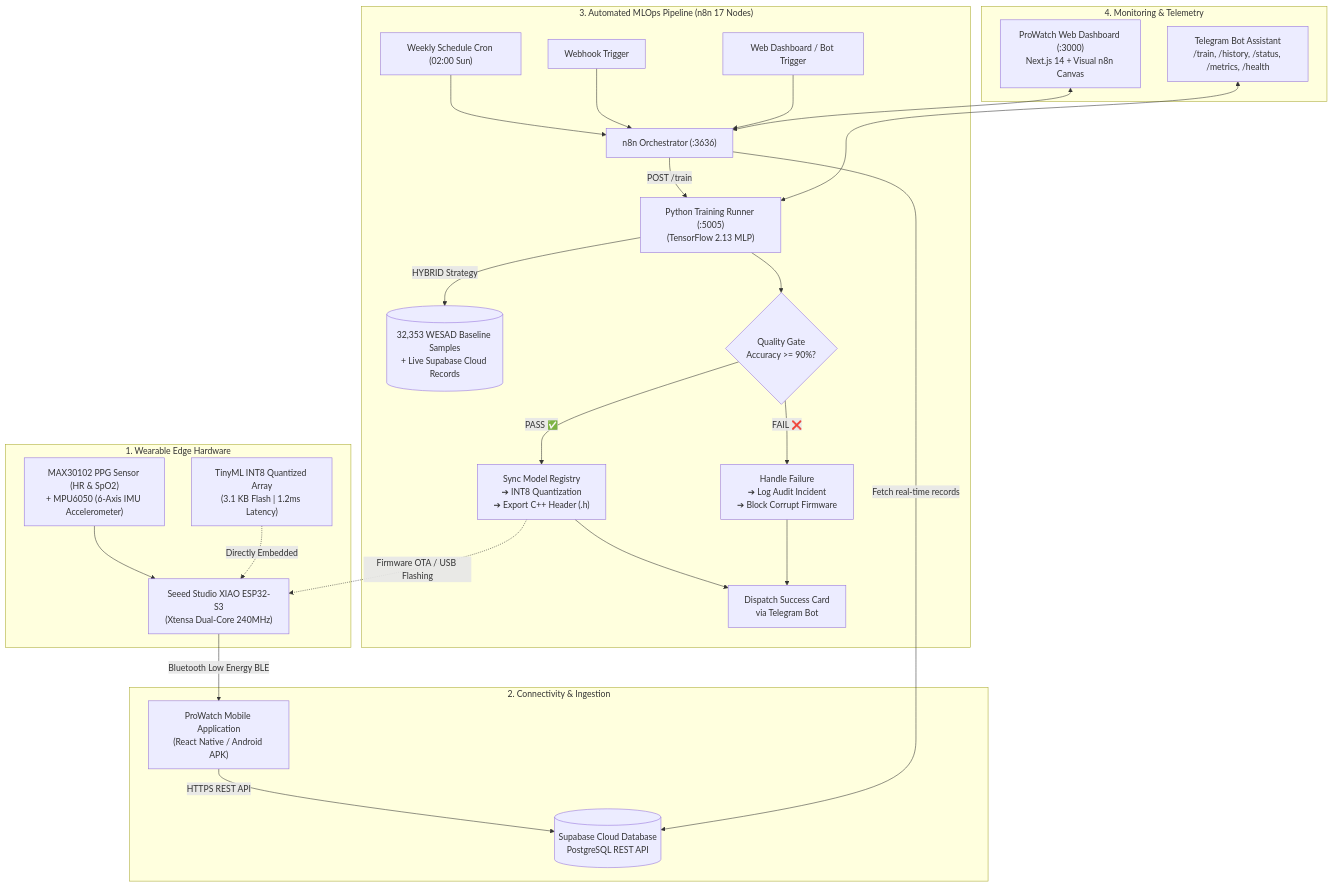
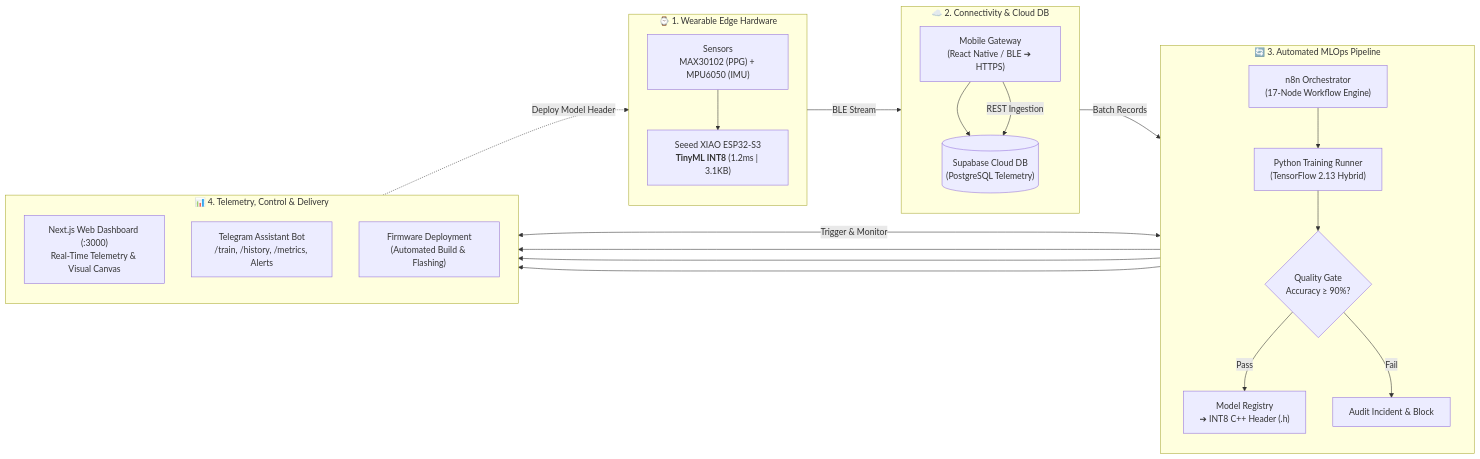
One commit to aaron-ACY/ProWatch changed the diagram in README.md. Above: the diagram before and after it, drawn with Mermaid.

Commit message:
docs(readme): streamline system architecture diagram to compact horizontal layout

````diff
--- a/README.md
+++ b/README.md
@@ -24,35 +24,40 @@
 ```mermaid
-flowchart TD
-    subgraph EDGE["1. Wearable Edge Hardware"]
-        SENSORS["MAX30102 PPG Sensor (HR & SpO2)<br>+ MPU6050 (6-Axis IMU Accelerometer)"] --> MCU["Seeed Studio XIAO ESP32-S3<br>(Xtensa Dual-Core 240MHz)"]
-        TINYML["TinyML INT8 Quantized Array<br>(3.1 KB Flash | 1.2ms Latency)"] -.->|Directly Embedded| MCU
+flowchart LR
+    %% 1. Wearable Edge
+    subgraph EDGE["⌚ 1. Wearable Edge Hardware"]
+        direction TB
+        SENS["Sensors<br/>MAX30102 (PPG) + MPU6050 (IMU)"] --> MCU["Seeed XIAO ESP32-S3<br/><b>TinyML INT8</b> (1.2ms | 3.1KB)"]
     end
 
-    subgraph CONNECT["2. Connectivity & Ingestion"]
-        MCU -->|Bluetooth Low Energy BLE| MOBILE["ProWatch Mobile Application<br>(React Native / Android APK)"]
-        MOBILE -->|HTTPS REST API| SUPABASE[("Supabase Cloud Database<br>PostgreSQL REST API")]
+    %% 2. Ingestion & Cloud
+    subgraph CLOUD["☁️ 2. Connectivity & Cloud DB"]
+        direction TB
+        APP["Mobile Gateway<br/>(React Native / BLE ➔ HTTPS)"] --> DB[("Supabase Cloud DB<br/>(PostgreSQL Telemetry)")]
     end
 
-    subgraph MLOPS["3. Automated MLOps Pipeline (n8n 17 Nodes)"]
-        CRON["Weekly Schedule Cron (02:00 Sun)"] --> N8N["n8n Orchestrator (:3636)"]
-        WEBHOOK["Webhook Trigger"] --> N8N
-        MANUAL["Web Dashboard / Bot Trigger"] --> N8N
-        N8N -->|Fetch real-time records| SUPABASE
-        N8N -->|POST /train| RUNNER["Python Training Runner (:5005)<br>(TensorFlow 2.13 MLP)"]
-        RUNNER -->|HYBRID Strategy| DATASET[("32,353 WESAD Baseline Samples<br>+ Live Supabase Cloud Records")]
-        RUNNER --> GATE{"Quality Gate<br>Accuracy >= 90%?"}
-        GATE -- PASS ✅ --> SYNC["Sync Model Registry<br>➔ INT8 Quantization<br>➔ Export C++ Header (.h)"]
-        GATE -- FAIL ❌ --> FAIL["Handle Failure<br>➔ Log Audit Incident<br>➔ Block Corrupt Firmware"]
-        SYNC --> TELEGRAM["Dispatch Success Card<br>via Telegram Bot"]
-        FAIL --> TELEGRAM
+    %% 3. Automated MLOps
+    subgraph MLOPS["🔄 3. Automated MLOps Pipeline"]
+        direction TB
+        N8N["n8n Orchestrator<br/>(17-Node Workflow Engine)"] --> TRAIN["Python Training Runner<br/>(TensorFlow 2.13 Hybrid)"]
+        TRAIN --> GATE{"Quality Gate<br/>Accuracy ≥ 90%?"}
+        GATE -->|Pass| REG["Model Registry<br/>➔ INT8 C++ Header (.h)"]
+        GATE -->|Fail| LOG["Audit Incident & Block"]
     end
 
-    subgraph DASHBOARD["4. Monitoring & Telemetry"]
-        WEB["ProWatch Web Dashboard (:3000)<br>Next.js 14 + Visual n8n Canvas"]
-        BOT["Telegram Bot Assistant<br>/train, /history, /status, /metrics, /health"]
+    %% 4. Control & Telemetry
+    subgraph OPS["📊 4. Telemetry, Control & Delivery"]
+        direction TB
+        WEB["Next.js Web Dashboard (:3000)<br/>Real-Time Telemetry & Visual Canvas"]
+        BOT["Telegram Assistant Bot<br/>/train, /history, /metrics, Alerts"]
+        OTA["Firmware Deployment<br/>(Automated Build & Flashing)"]
     end
 
-    SYNC -.->|Firmware OTA / USB Flashing| MCU
-    WEB <--> N8N
-    BOT <--> RUNNER
+    %% Cross-subgraph data & control streams
+    MCU -->|BLE Stream| APP
+    APP -->|REST Ingestion| DB
+    DB -->|Batch Records| N8N
+    N8N <-->|Trigger & Monitor| WEB
+    REG --> OTA
+    REG & LOG --> BOT
+    OTA -.->|Deploy Model Header| MCU
 ```
````
